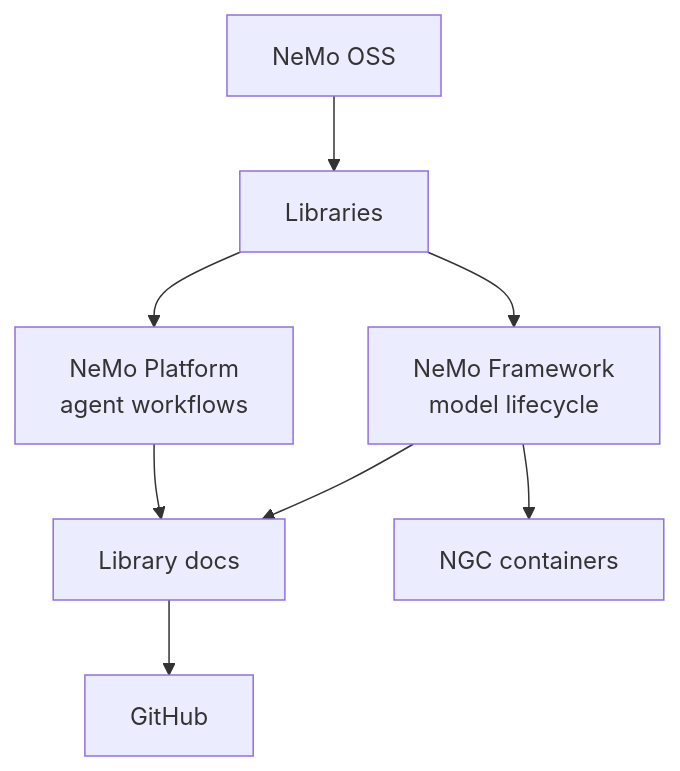
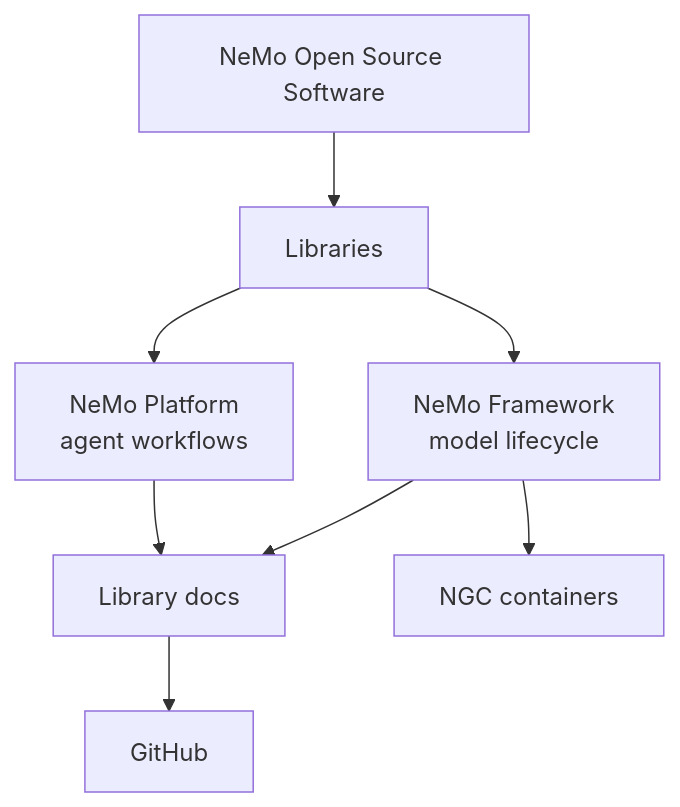
Before and after one commit to NVIDIA-NeMo/.github: the diagram in fern/docs/pages/about/concepts/index.mdx, drawn with Mermaid. The commit also changed other lines of this file and 20 other files, not shown here.

First line of the commit message:
Spell out NeMo OSS as NeMo Open Source Software; add Notes column to org README

````diff
--- a/fern/docs/pages/about/concepts/index.mdx
+++ b/fern/docs/pages/about/concepts/index.mdx
@@ -18,18 +18,18 @@
 ```mermaid
 flowchart TB
-    Hub["NeMo OSS"]
+    Hub["NeMo Open Source Software"]
     Catalog["Libraries"]
     Framework["NeMo Framework\nmodel lifecycle"]
     Platform["NeMo Platform\nagent workflows"]
     LibraryDocs["Library docs"]
     Repos["GitHub"]
     Containers["NGC containers"]
 
     Hub --> Catalog
     Catalog --> Framework
     Catalog --> Platform
     Framework --> LibraryDocs
     Platform --> LibraryDocs
     LibraryDocs --> Repos
     Framework --> Containers
 ```
````
